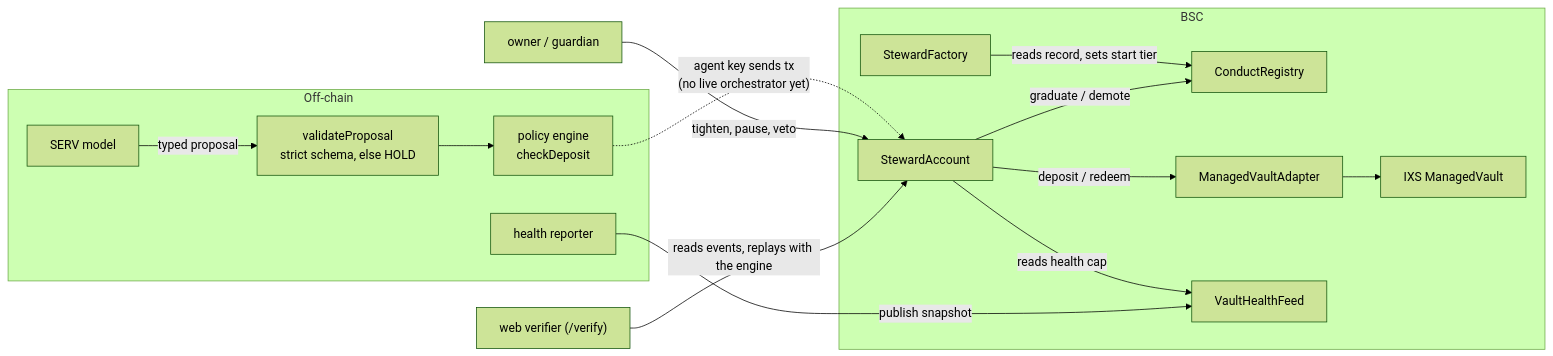
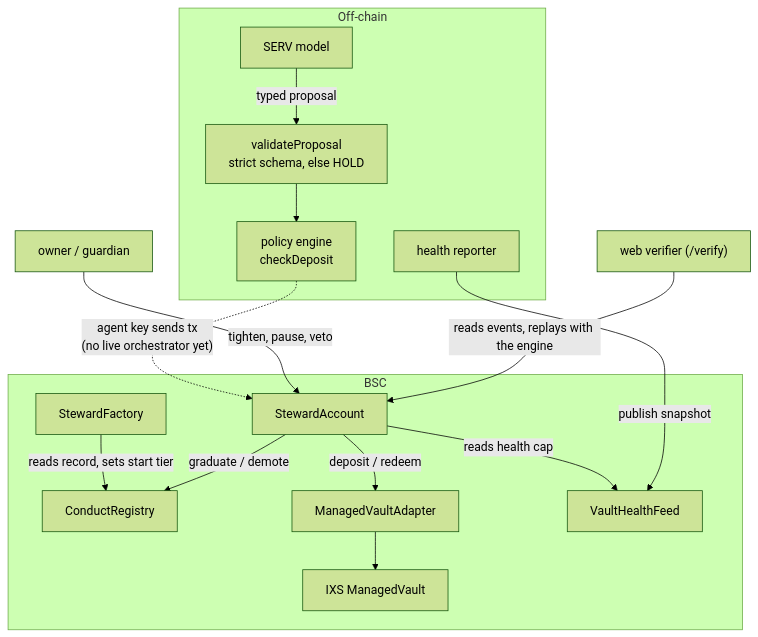
The diagram in README.md (Dami904/steward), drawn with Mermaid (forest theme) before and after one commit.

Commit message:
docs(readme): top-down architecture diagram for readability

````diff
--- a/README.md
+++ b/README.md
@@ -154,18 +154,18 @@
 ```mermaid
-flowchart LR
+flowchart TD
   subgraph offchain[Off-chain]
     M[SERV model] -->|typed proposal| V[validateProposal<br/>strict schema, else HOLD]
     V --> E[policy engine<br/>checkDeposit]
     R[health reporter]
   end
   subgraph chain[BSC]
     F[StewardFactory] -->|reads record, sets start tier| C[ConductRegistry]
     A[StewardAccount] -->|graduate / demote| C
     A -->|deposit / redeem| AD[ManagedVaultAdapter] --> IXS[IXS ManagedVault]
     A -->|reads health cap| H[VaultHealthFeed]
     R -->|publish snapshot| H
   end
   E -. "agent key sends tx<br/>(no live orchestrator yet)" .-> A
   O[owner / guardian] -->|tighten, pause, veto| A
   W["web verifier (/verify)"] -->|reads events, replays with the engine| A
 ```
````
